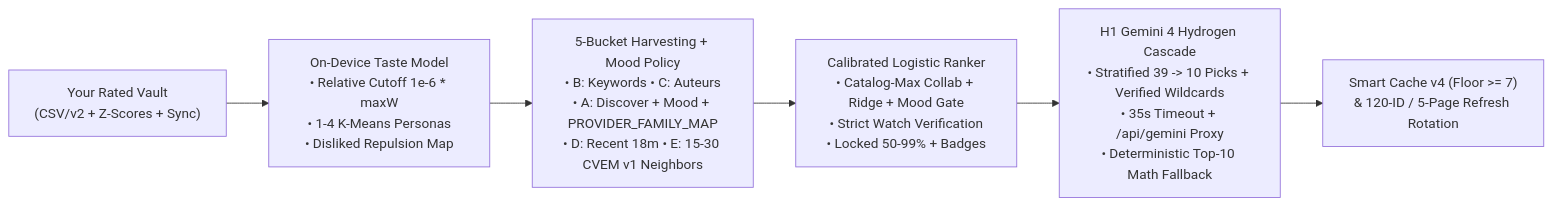
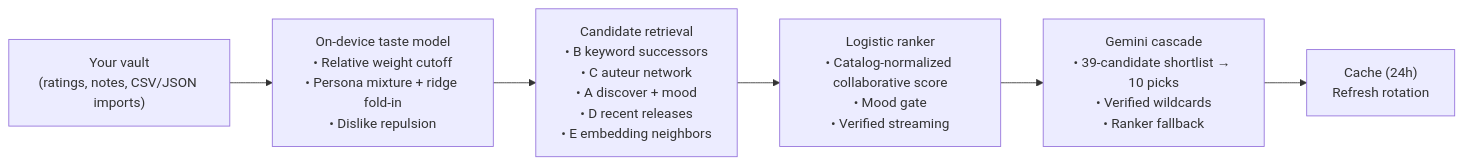
One commit to khuzaima175/React-Movie-Original changed the diagram in summary.md. Above: the diagram before and after it, drawn with Mermaid. The commit also changed other lines of this file and 28 other files, not shown here.

````diff
--- a/summary.md
+++ b/summary.md
@@ -244,8 +175,8 @@
 ```mermaid
 flowchart LR
-    A["Your Rated Vault\n(CSV/v2 + Z-Scores + Sync)"] --> B["On-Device Taste Model\n• Relative Cutoff 1e-6 * maxW\n• 1-4 K-Means Personas\n• Disliked Repulsion Map"]
-    B --> C["5-Bucket Harvesting + Mood Policy\n• B: Keywords • C: Auteurs\n• A: Discover + Mood + PROVIDER_FAMILY_MAP\n• D: Recent 18m • E: 15-30 CVEM v1 Neighbors"]
-    C --> D["Calibrated Logistic Ranker\n• Catalog-Max Collab + Ridge + Mood Gate\n• Strict Watch Verification\n• Locked 50-99% + Badges"]
-    D --> E["H1 Gemini 4 Hydrogen Cascade\n• Stratified 39 -> 10 Picks + Verified Wildcards\n• 35s Timeout + /api/gemini Proxy\n• Deterministic Top-10 Math Fallback"]
-    E --> F["Smart Cache v4 (Floor >= 7)\n& 120-ID / 5-Page Refresh Rotation"]
+    A["Your vault\n(ratings, notes, CSV/JSON imports)"] --> B["On-device taste model\n• Relative weight cutoff\n• Persona mixture + ridge fold-in\n• Dislike repulsion"]
+    B --> C["Candidate retrieval\n• B keyword successors\n• C auteur network\n• A discover + mood\n• D recent releases\n• E embedding neighbors"]
+    C --> D["Logistic ranker\n• Catalog-normalized collaborative score\n• Mood gate\n• Verified streaming"]
+    D --> E["Gemini cascade\n• 39-candidate shortlist → 10 picks\n• Verified wildcards\n• Ranker fallback"]
+    E --> F["Cache (24h)\nRefresh rotation"]
 ```
````
